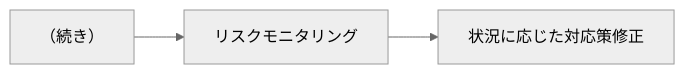
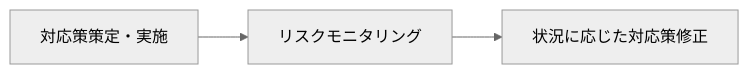
Diagram 16 of 21 in README.md (SparklingDetergent/doc_genai_How_to_evaluate_the_cost-effectiveness_of_using_generative_AI_for_business_purposes), drawn with Mermaid (neutral theme) before and after one commit. The commit also changed other lines of this file, not shown here.

````diff
--- a/README.md
+++ b/README.md
@@ -412,5 +412,5 @@
 ```mermaid
 graph LR
-    D[（続き）] --> E[リスクモニタリング]
+    D[対応策策定・実施] --> E[リスクモニタリング]
     E --> F[状況に応じた対応策修正]
 ```
````
